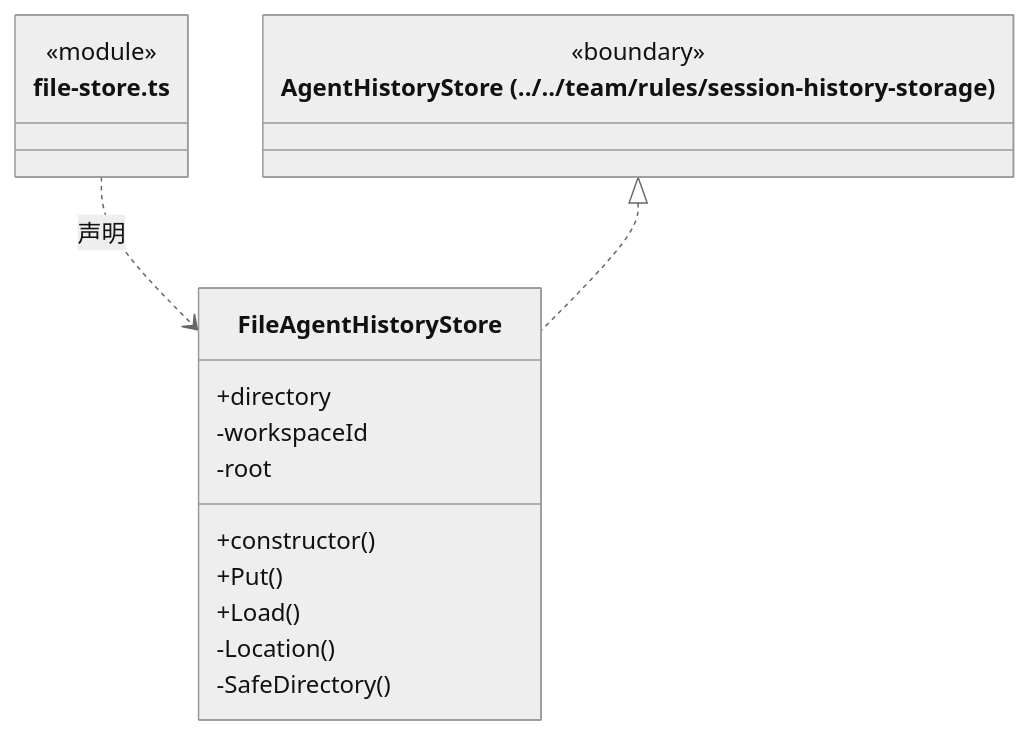
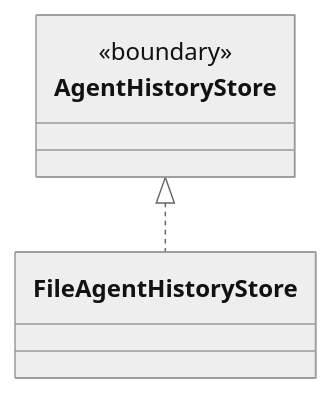
Before and after one commit to nan023062/cbim: the diagram in src/logic/history/service/ARCHITECTURE.md, drawn with Mermaid (neutral theme). The commit also changed other lines of this file and 158 other files, not shown here.

Commit message:
docs: model architecture through nested virtual encapsulations

````diff
--- a/src/logic/history/service/ARCHITECTURE.md
+++ b/src/logic/history/service/ARCHITECTURE.md
@@ -88,21 +19,10 @@
 ```mermaid
 classDiagram
-class N_src_logic_history_service_file_store_ts["file-store.ts"] {
-  <<module>>
-}
-class N_src_logic_history_service_file_store_ts_FileAgentHistoryStore["FileAgentHistoryStore"] {
-  +directory
-  +constructor()
-  +Put()
-  +Load()
-  -workspaceId
-  -root
-  -Location()
-  -SafeDirectory()
-}
-N_src_logic_history_service_file_store_ts ..> N_src_logic_history_service_file_store_ts_FileAgentHistoryStore : 声明
-class N_src_logic_history_service_file_store_ts_external_AgentHistoryStore["AgentHistoryStore (../../team/rules/session-history-storage)"] {
+class N_6bb66339609c["AgentHistoryStore"] {
   <<boundary>>
 }
-N_src_logic_history_service_file_store_ts_external_AgentHistoryStore <|.. N_src_logic_history_service_file_store_ts_FileAgentHistoryStore
+click N_6bb66339609c href "../../team/rules/session-history-storage.ts"
+class N_aad59a76b1f5["FileAgentHistoryStore"]
+click N_aad59a76b1f5 href "file-store.ts"
+N_6bb66339609c <|.. N_aad59a76b1f5
 ```
````
